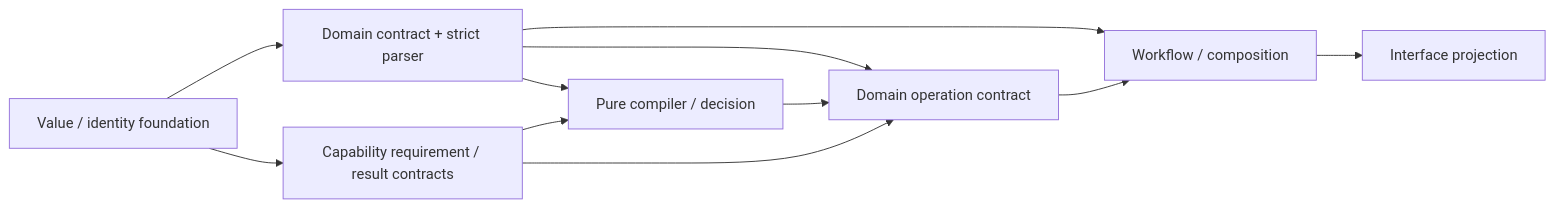
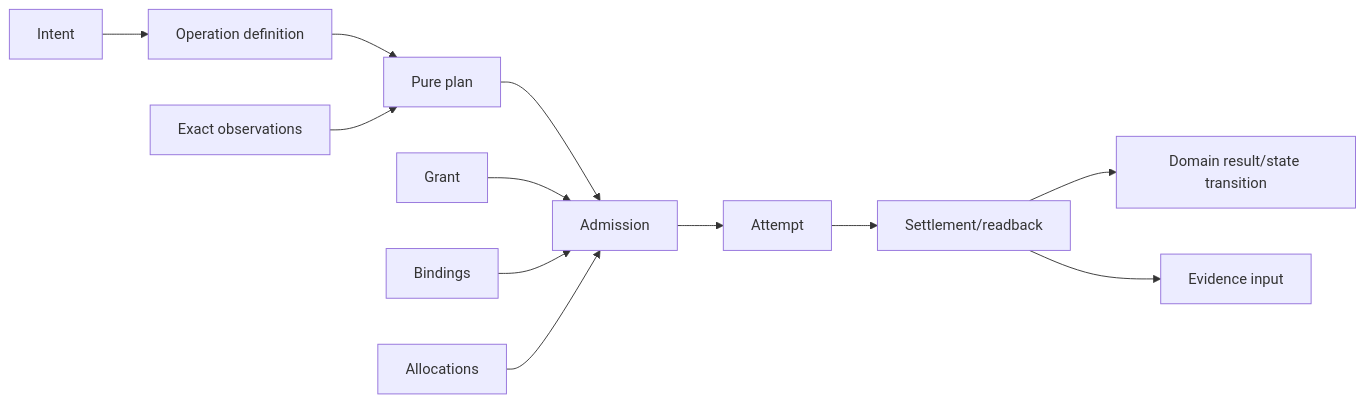
One commit to sec-platform/sec changed the first of 2 diagrams in docs/system-architecture/operations-and-resources.md. Above: the diagram before and after it, drawn with Mermaid. The commit also changed other lines of this file and 37 other files, not shown here.

````diff
--- a/docs/system-architecture/operations-and-resources.md
+++ b/docs/system-architecture/operations-and-resources.md
@@ -250,13 +32,14 @@
 ```mermaid
 flowchart LR
-  F[Value / identity foundation] --> C[Domain contract + strict parser]
-  F --> CP[Capability requirement / result contracts]
-  C --> P[Pure compiler / decision]
-  CP --> P
-  C --> D[Domain operation contract]
-  P --> D
-  CP --> D
-  C --> W[Workflow / composition]
-  D --> W
-  W --> I[Interface projection]
+  I[Intent] --> D[Operation definition]
+  D --> P[Pure plan]
+  O[Exact observations] --> P
+  P --> A[Admission]
+  G[Grant] --> A
+  B[Bindings] --> A
+  L[Allocations] --> A
+  A --> X[Attempt]
+  X --> S[Settlement/readback]
+  S --> R[Domain result/state transition]
+  S --> E[Evidence input]
 ```
````
